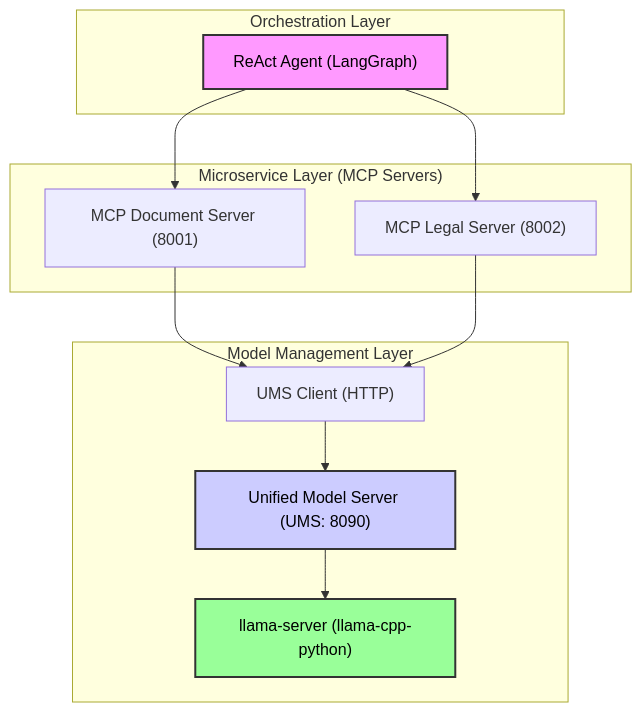
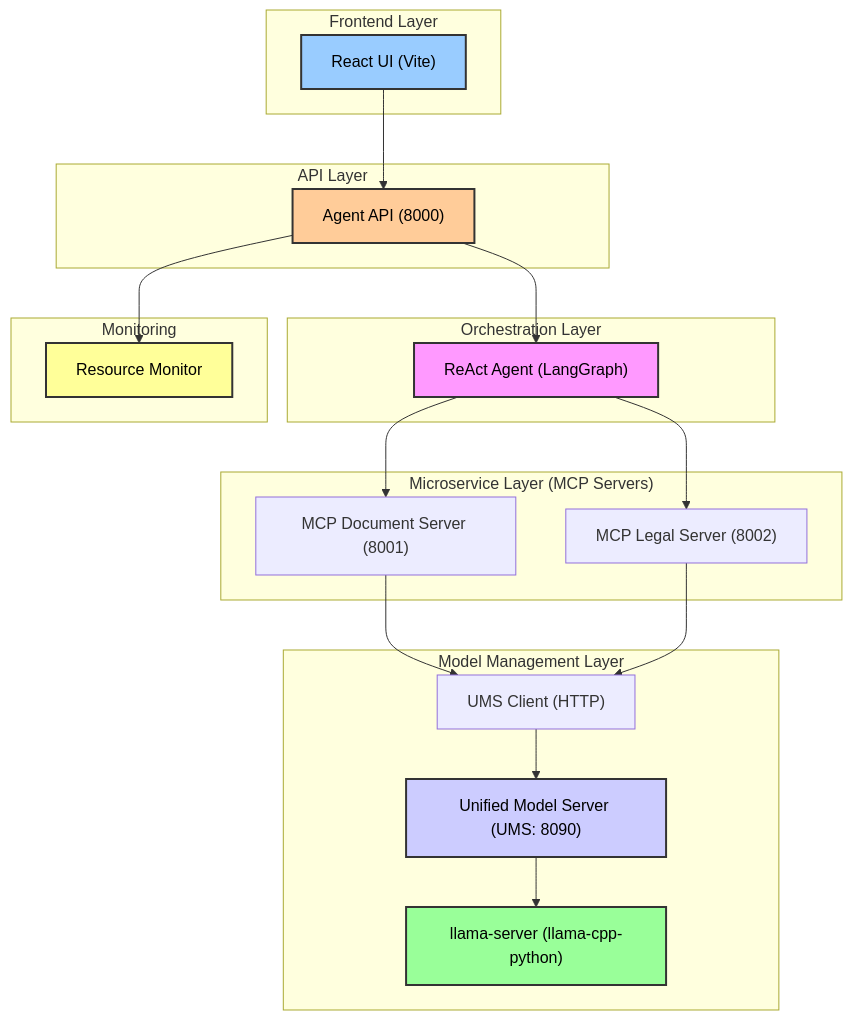
One commit to senorfrancesco/agent-navigator-pro changed the diagram in react_agent_prototype/README.md. Above: the diagram before and after it, drawn with Mermaid. The commit also changed other lines of this file and 7 other files, not shown here.

````diff
--- a/react_agent_prototype/README.md
+++ b/react_agent_prototype/README.md
@@ -9,28 +9,46 @@
 ```mermaid
 graph TD
+    subgraph UI ["Frontend Layer"]
+        U["React UI (Vite)"]
+    end
+    
+    subgraph API ["API Layer"]
+        AG["Agent API (8000)"]
+    end
+    
     subgraph S1 ["Orchestration Layer"]
         A["ReAct Agent (LangGraph)"]
     end
     
     subgraph S2 ["Microservice Layer (MCP Servers)"]
         B["MCP Document Server (8001)"]
         C["MCP Legal Server (8002)"]
     end
     
     subgraph S3 ["Model Management Layer"]
         D["UMS Client (HTTP)"]
         E["Unified Model Server (UMS: 8090)"]
         F["llama-server (llama-cpp-python)"]
     end
     
+    subgraph MON ["Monitoring"]
+        RM["Resource Monitor"]
+    end
+    
+    U --> AG
+    AG --> A
+    AG --> RM
     A --> B
     A --> C
     B --> D
     C --> D
     D --> E
     E --> F
     
+    style U fill:#9cf,stroke:#333,stroke-width:2px,color:#000
+    style AG fill:#fc9,stroke:#333,stroke-width:2px,color:#000
     style A fill:#f9f,stroke:#333,stroke-width:2px,color:#000
     style E fill:#ccf,stroke:#333,stroke-width:2px,color:#000
     style F fill:#9f9,stroke:#333,stroke-width:2px,color:#000
+    style RM fill:#ff9,stroke:#333,stroke-width:2px,color:#000
 ```
````
